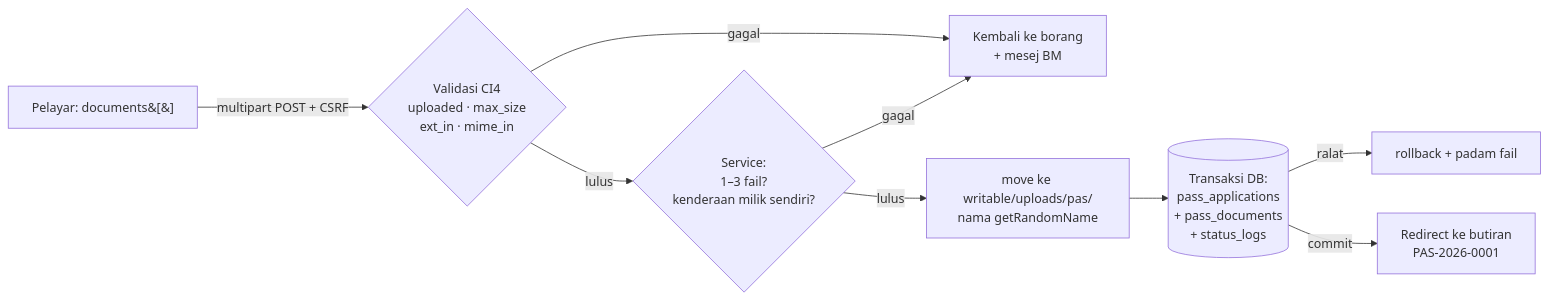
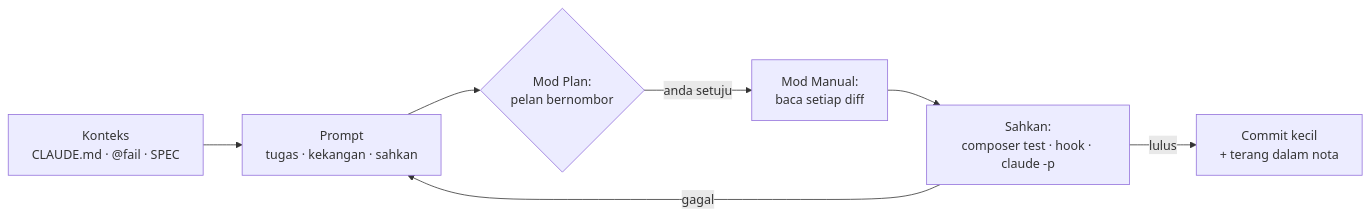
Before and after one commit to habibtalib/coach-codeigniter-10-hari-kkm-peserta: the first of 7 diagrams in hari-7/README.md, drawn with Mermaid. The commit also changed other lines of this file and 13 other files, not shown here.

Commit message:
Hari 7: Claude Code — pelaksanaan & amalan terbaik; Seni Prompt (65 prompt); slaid 172

````diff
--- a/hari-7/README.md
+++ b/hari-7/README.md
@@ -67,11 +58,9 @@
 ```mermaid
 flowchart LR
-    A[Pelayar: documents&#91;&#93;] -->|multipart POST + CSRF| B{Validasi CI4<br/>uploaded · max_size<br/>ext_in · mime_in}
-    B -- gagal --> X[Kembali ke borang<br/>+ mesej BM]
-    B -- lulus --> C{Service:<br/>1–3 fail?<br/>kenderaan milik sendiri?}
-    C -- gagal --> X
-    C -- lulus --> D[move ke writable/uploads/pas/<br/>nama getRandomName]
-    D --> E[(Transaksi DB:<br/>pass_applications<br/>+ pass_documents<br/>+ status_logs)]
-    E -- ralat --> F[rollback + padam fail]
-    E -- commit --> G[Redirect ke butiran<br/>PAS-2026-0001]
+    A[Konteks<br/>CLAUDE.md · @fail · SPEC] --> B[Prompt<br/>tugas · kekangan · sahkan]
+    B --> C{Mod Plan:<br/>pelan bernombor}
+    C -- anda setuju --> D[Mod Manual:<br/>baca setiap diff]
+    D --> E[Sahkan:<br/>composer test · hook · claude -p]
+    E -- gagal --> B
+    E -- lulus --> F[Commit kecil<br/>+ terang dalam nota]
 ```
````
